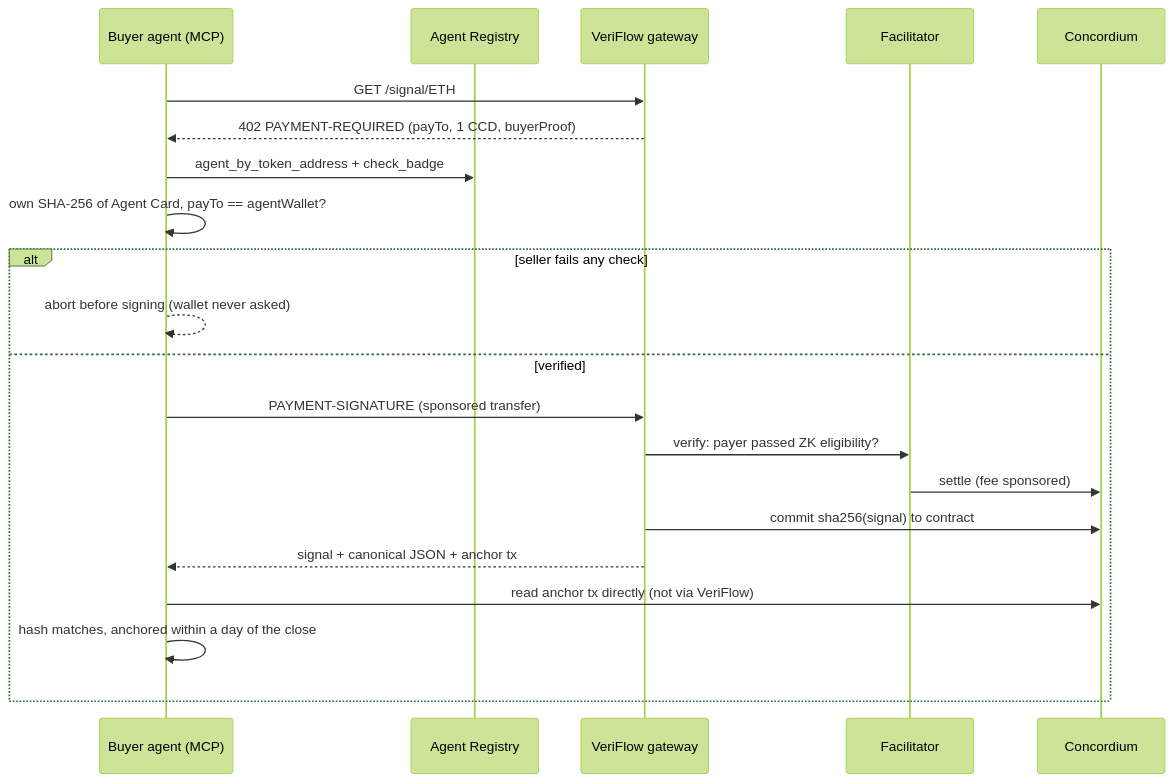
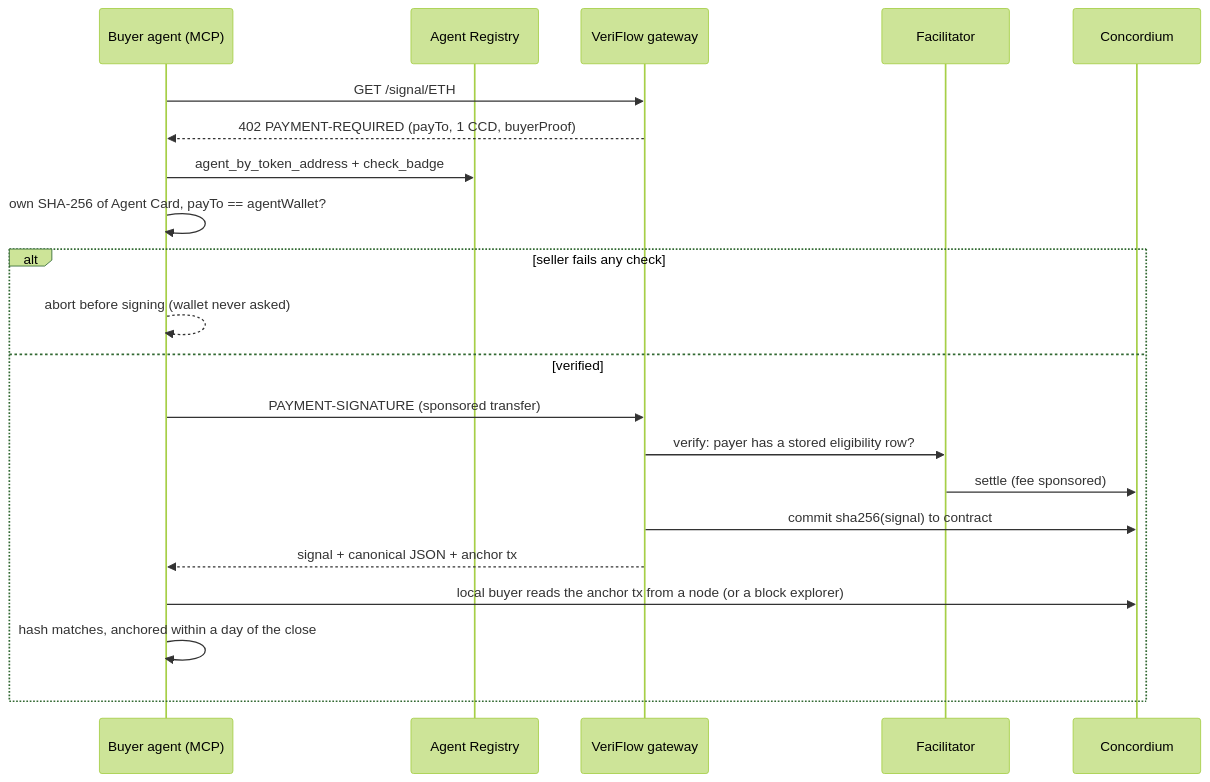
One commit to jiahaoc040-ai/veriflow changed the second of 2 diagrams in README.md. Above: the diagram before and after it, drawn with Mermaid (forest theme). The commit also changed other lines of this file and 4 other files, not shown here.

````diff
--- a/README.md
+++ b/README.md
@@ -65,23 +56,23 @@
 ```mermaid
 sequenceDiagram
   participant B as Buyer agent (MCP)
   participant R as Agent Registry
   participant G as VeriFlow gateway
   participant F as Facilitator
   participant C as Concordium
   B->>G: GET /signal/ETH
   G-->>B: 402 PAYMENT-REQUIRED (payTo, 1 CCD, buyerProof)
   B->>R: agent_by_token_address + check_badge
   B->>B: own SHA-256 of Agent Card, payTo == agentWallet?
   alt seller fails any check
     B-->>B: abort before signing (wallet never asked)
   else verified
     B->>G: PAYMENT-SIGNATURE (sponsored transfer)
-    G->>F: verify: payer passed ZK eligibility?
+    G->>F: verify: payer has a stored eligibility row?
     F->>C: settle (fee sponsored)
     G->>C: commit sha256(signal) to contract
     G-->>B: signal + canonical JSON + anchor tx
-    B->>C: read anchor tx directly (not via VeriFlow)
+    B->>C: local buyer reads the anchor tx from a node (or a block explorer)
     B->>B: hash matches, anchored within a day of the close
   end
 ```
````
